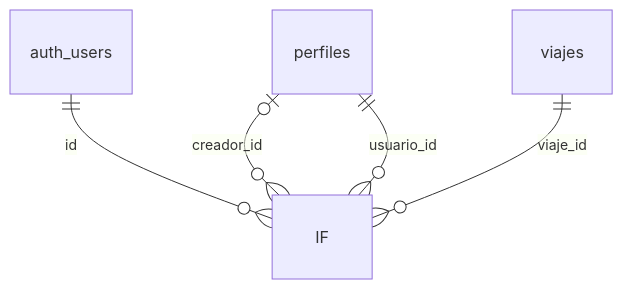
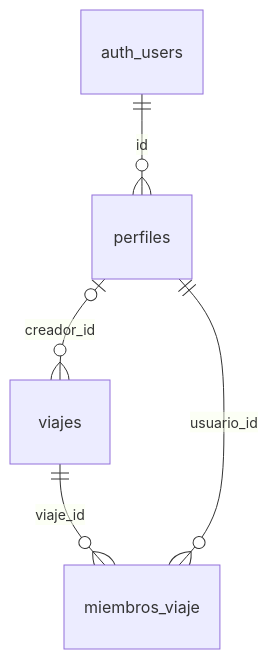
One commit to UNIZAR-30248-2026-TRAVELWRAP/Backend changed the diagram in docs/BASE_DE_DATOS.md. Above: the diagram before and after it, drawn with Mermaid. The commit also changed other lines of this file and 2 other files, not shown here.

Commit message:
PB-12.1.2 y PB-13.1.2: RLS de viaje archivado de solo lectura y borrado solo desde archivados

````diff
--- a/docs/BASE_DE_DATOS.md
+++ b/docs/BASE_DE_DATOS.md
@@ -17,7 +17,7 @@
 ```mermaid
 erDiagram
-    auth_users ||--o{ IF : "id"
-    perfiles |o--o{ IF : "creador_id"
-    viajes ||--o{ IF : "viaje_id"
-    perfiles ||--o{ IF : "usuario_id"
+    auth_users ||--o{ perfiles : "id"
+    perfiles |o--o{ viajes : "creador_id"
+    viajes ||--o{ miembros_viaje : "viaje_id"
+    perfiles ||--o{ miembros_viaje : "usuario_id"
 ```
````
